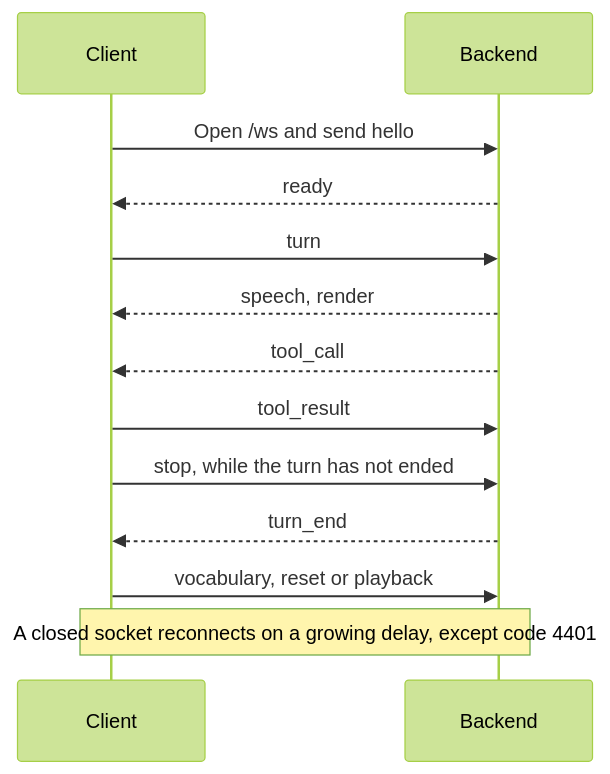
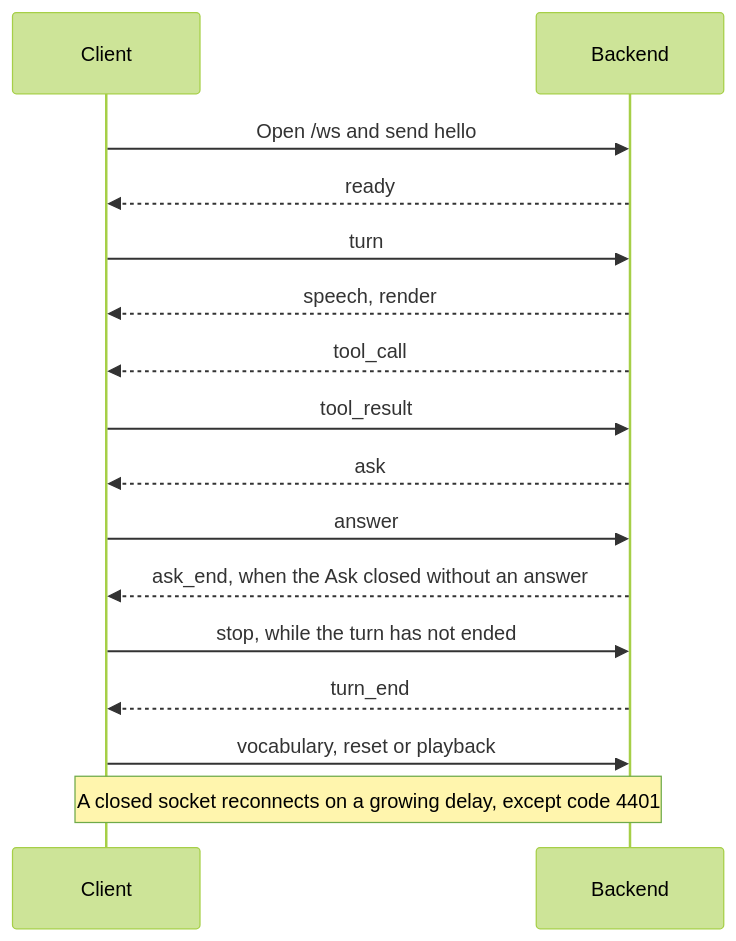
One commit to yw0nam/YUI changed the diagram in docs/reference/push-transport.md. Above: the diagram before and after it, drawn with Mermaid (forest theme). The commit also changed other lines of this file and 34 other files, not shown here.

````diff
--- a/docs/reference/push-transport.md
+++ b/docs/reference/push-transport.md
@@ -8,15 +8,18 @@
 ```mermaid
 sequenceDiagram
   participant C as Client
   participant B as Backend
   C->>B: Open /ws and send hello
   B-->>C: ready
   C->>B: turn
   B-->>C: speech, render
   B-->>C: tool_call
   C->>B: tool_result
+  B-->>C: ask
+  C->>B: answer
+  B-->>C: ask_end, when the Ask closed without an answer
   C->>B: stop, while the turn has not ended
   B-->>C: turn_end
   C->>B: vocabulary, reset or playback
   Note over C,B: A closed socket reconnects on a growing delay, except code 4401
 ```
````
